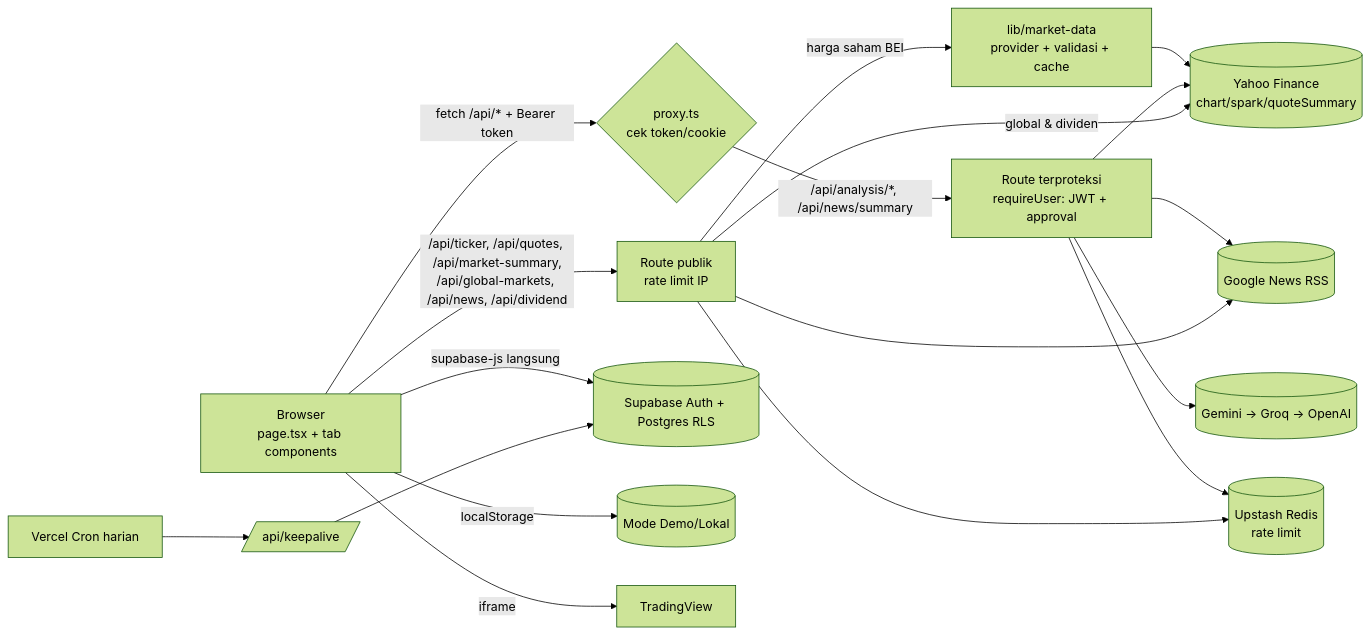
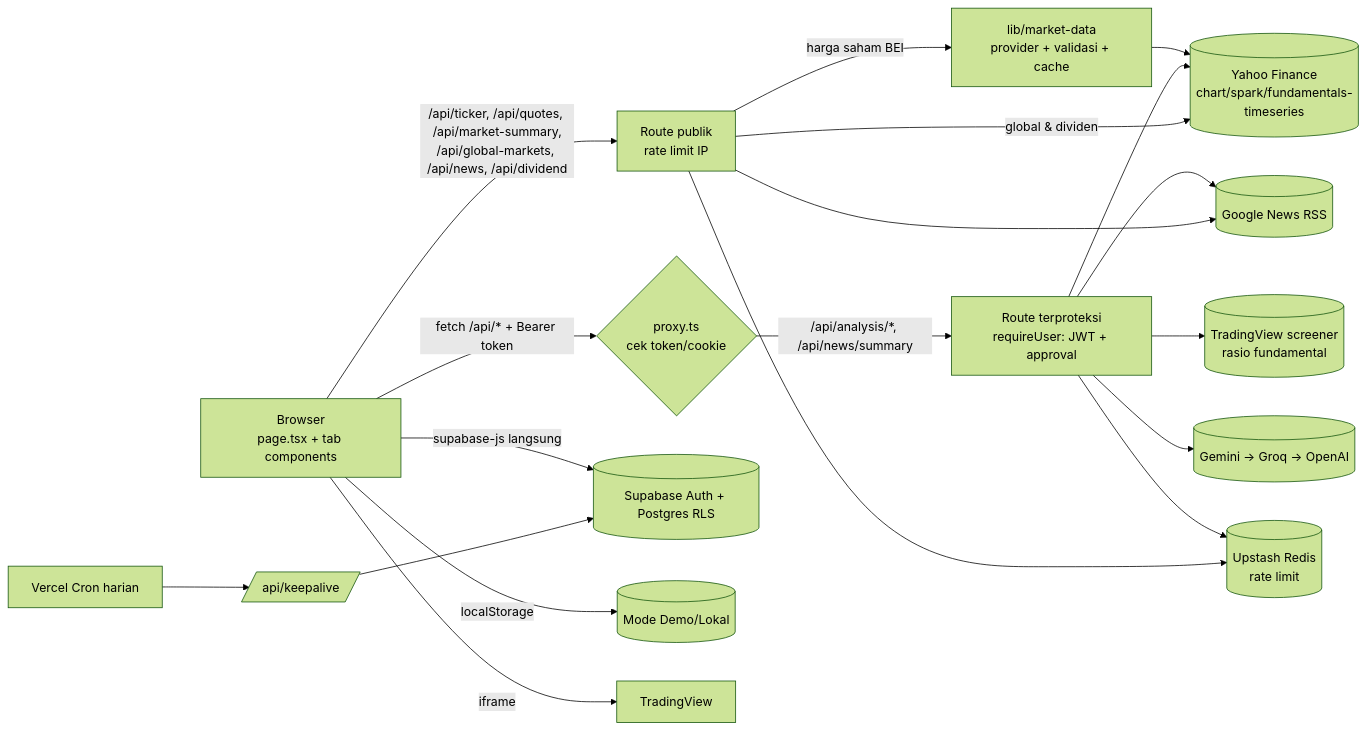
One commit to alfitranurr/Nunnn-Stock-Analyzer changed the diagram in DOKUMENTASI.md. Above: the diagram before and after it, drawn with Mermaid (forest theme). The commit also changed other lines of this file, not shown here.

````diff
--- a/DOKUMENTASI.md
+++ b/DOKUMENTASI.md
@@ -81,18 +81,19 @@
 ```mermaid
 flowchart LR
   B[Browser<br/>page.tsx + tab components] -->|fetch /api/* + Bearer token| P{proxy.ts<br/>cek token/cookie}
   P -->|/api/analysis/*, /api/news/summary| R1[Route terproteksi<br/>requireUser: JWT + approval]
   B -->|/api/ticker, /api/quotes, /api/market-summary,<br/>/api/global-markets, /api/news, /api/dividend| R2[Route publik<br/>rate limit IP]
   R2 -->|harga saham BEI| MD[lib/market-data<br/>provider + validasi + cache]
-  MD --> Y[(Yahoo Finance<br/>chart/spark/quoteSummary)]
+  MD --> Y[(Yahoo Finance<br/>chart/spark/fundamentals-timeseries)]
   R1 --> Y
   R1 --> G[(Google News RSS)]
+  R1 --> TVS[(TradingView screener<br/>rasio fundamental)]
   R1 --> AI[(Gemini → Groq → OpenAI)]
   R2 -->|global & dividen| Y
   R2 --> G
   R1 & R2 --> U[(Upstash Redis<br/>rate limit)]
   B -->|supabase-js langsung| S[(Supabase Auth + Postgres RLS)]
   B -->|localStorage| L[(Mode Demo/Lokal)]
   B -->|iframe| TV[TradingView]
   CRON[Vercel Cron harian] --> K[/api/keepalive/] --> S
 ```
````
